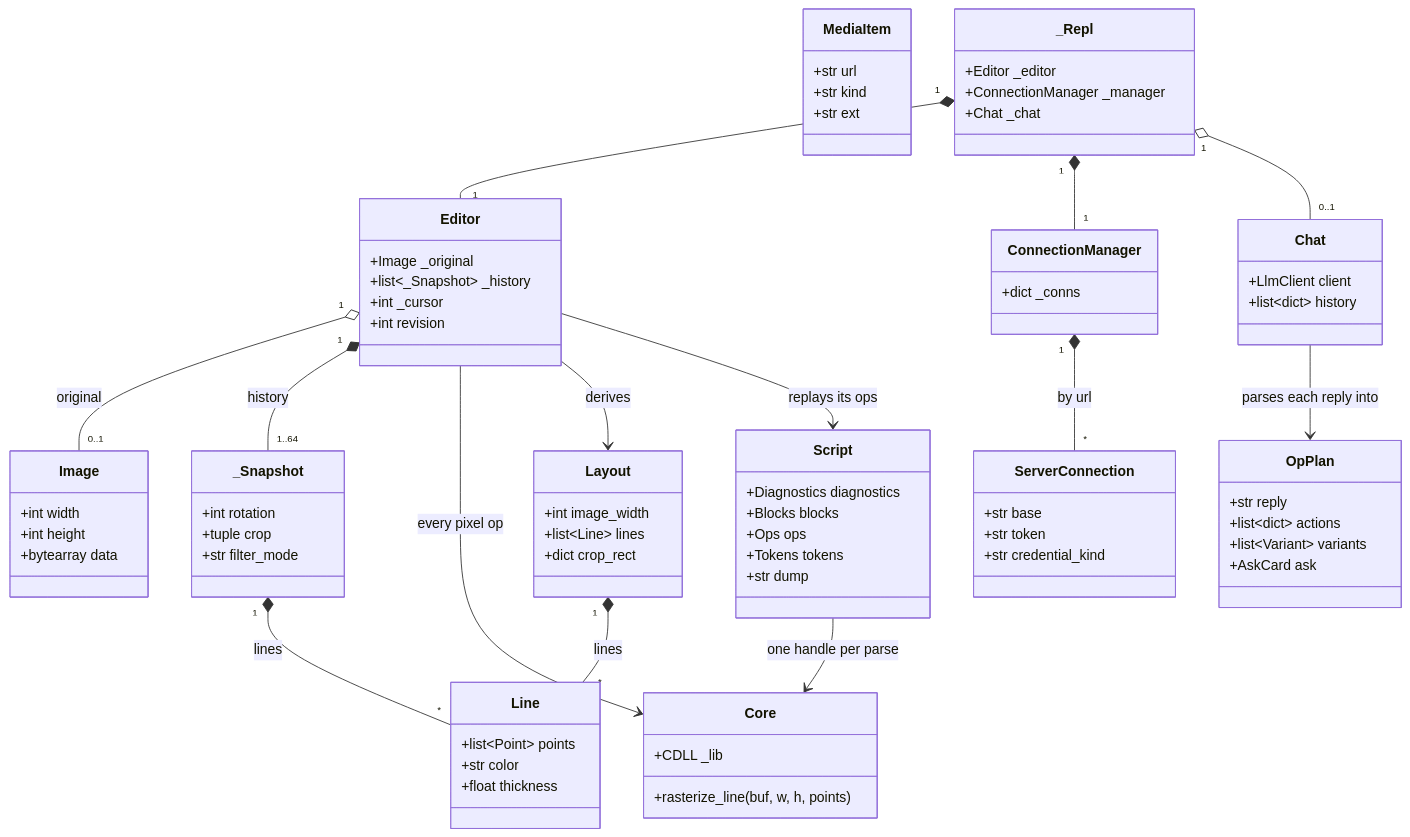
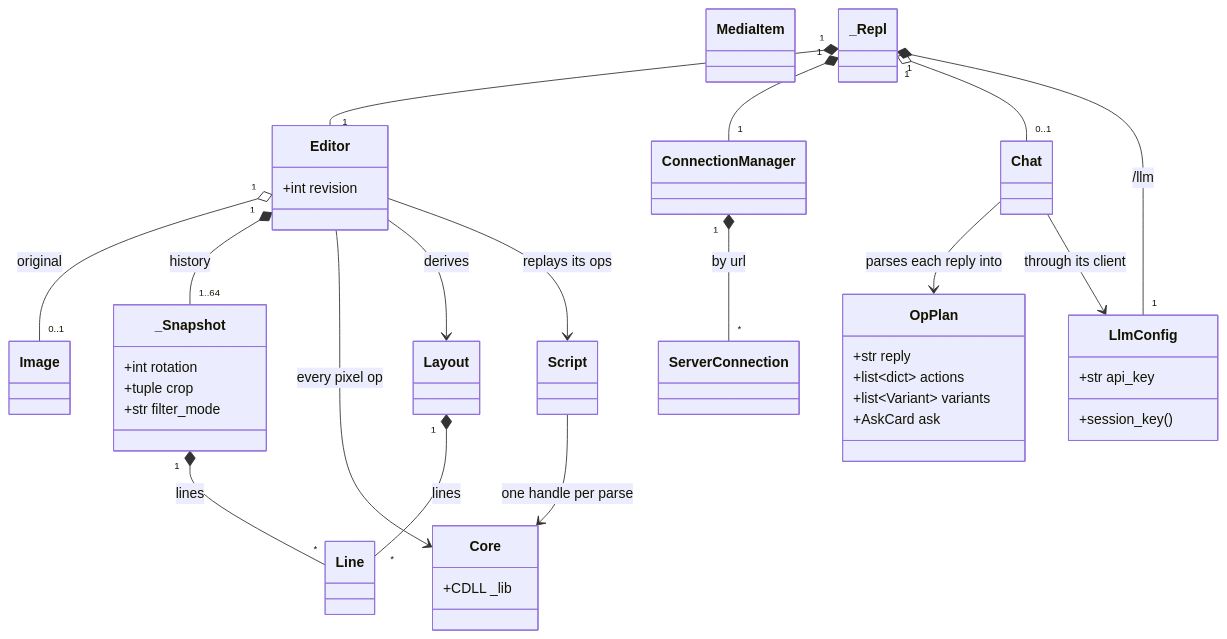
One commit to andrew1407/stencil changed the second of 2 diagrams in pystencil/ARCHITECTURE.md. Above: the diagram before and after it, drawn with Mermaid. The commit also changed other lines of this file and 3356 other files, not shown here.

````diff
--- a/pystencil/ARCHITECTURE.md
+++ b/pystencil/ARCHITECTURE.md
@@ -59,81 +60,41 @@
 ```mermaid
 classDiagram
     class Core {
       +CDLL _lib
-      +rasterize_line(buf, w, h, points)
-    }
-    class Image {
-      +int width
-      +int height
-      +bytearray data
-    }
-    class Layout {
-      +int image_width
-      +list~Line~ lines
-      +dict crop_rect
-    }
-    class Line {
-      +list~Point~ points
-      +str color
-      +float thickness
     }
     class Snapshot["_Snapshot"] {
       +int rotation
       +tuple crop
       +str filter_mode
     }
     class Editor {
-      +Image _original
-      +list~_Snapshot~ _history
-      +int _cursor
       +int revision
     }
     class OpPlan {
       +str reply
       +list~dict~ actions
       +list~Variant~ variants
       +AskCard ask
     }
-    class Chat {
-      +LlmClient client
-      +list~dict~ history
+    class LlmConfig {
+      +str api_key
+      +session_key()
     }
-    class ServerConnection {
-      +str base
-      +str token
-      +str credential_kind
-    }
-    class ConnectionManager {
-      +dict _conns
-    }
-    class MediaItem {
-      +str url
-      +str kind
-      +str ext
-    }
-    class Script {
-      +Diagnostics diagnostics
-      +Blocks blocks
-      +Ops ops
-      +Tokens tokens
-      +str dump
-    }
-    class Repl["_Repl"] {
-      +Editor _editor
-      +ConnectionManager _manager
-      +Chat _chat
-    }
+    class MediaItem
+    class Repl["_Repl"]
     Editor "1" o-- "0..1" Image : original
     Editor "1" *-- "1..64" Snapshot : history
     Editor --> Core : every pixel op
     Editor --> Layout : derives
     Snapshot "1" *-- "*" Line : lines
     Layout "1" *-- "*" Line : lines
     Script --> Core : one handle per parse
     Editor --> Script : replays its ops
     Chat --> OpPlan : parses each reply into
     ConnectionManager "1" *-- "*" ServerConnection : by url
     Repl "1" *-- "1" Editor
     Repl "1" *-- "1" ConnectionManager
     Repl "1" o-- "0..1" Chat
+    Repl "1" *-- "1" LlmConfig : /llm
+    Chat --> LlmConfig : through its client
 ```
````
